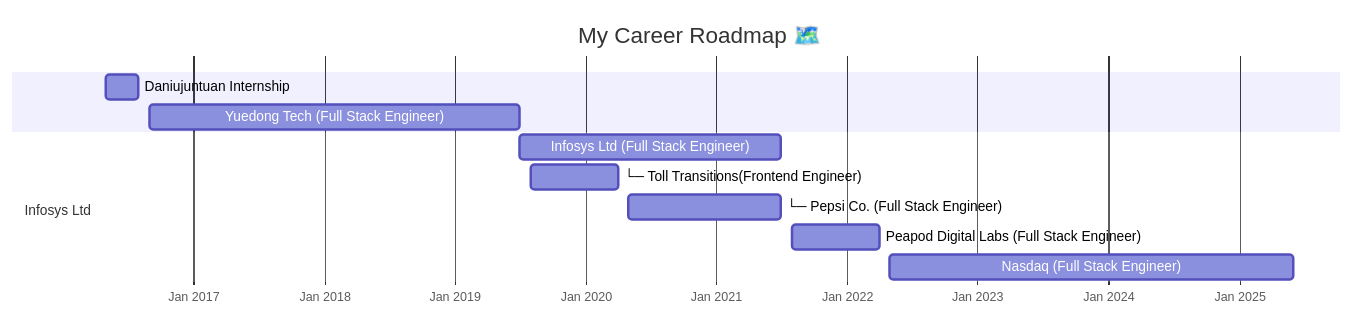
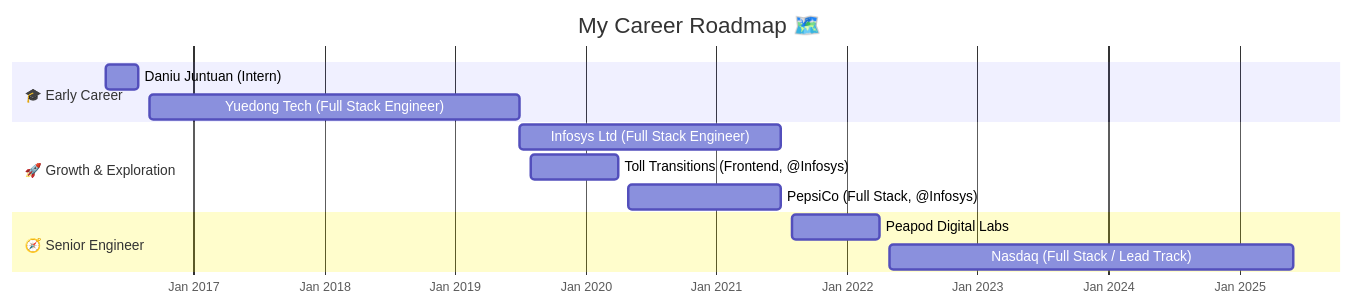
One commit to GoldenaArcher/GoldenaArcher changed the diagram in README.md. Above: the diagram before and after it, drawn with Mermaid. The commit also changed other lines of this file, not shown here.

Commit message:
docs: update career roadmap in readme with improved structure

````diff
--- a/README.md
+++ b/README.md
@@ -5,18 +7,20 @@
 ```mermaid
 gantt
     title My Career Roadmap 🗺️
     dateFormat  YYYY-MM
     axisFormat  %b %Y
 
-    Daniujuntuan Internship                    :internship, 2016-05, 2016-08
-    Yuedong Tech (Full Stack Engineer)         :yuedong, 2016-09, 2019-07
+    section 🎓 Early Career
+    Daniu Juntuan (Intern)                      :intern, 2016-05, 2016-08
+    Yuedong Tech (Full Stack Engineer)          :yuedong, 2016-09, 2019-07
 
-    section Infosys Ltd
-    Infosys Ltd (Full Stack Engineer)             :infy, 2019-07, 2021-07
-    └─ Toll Transitions(Frontend Engineer)        :toll, 2019-08, 2020-04
-    └─ Pepsi Co. (Full Stack Engineer)            :projB, 2020-05, 2021-07
+    section 🚀 Growth & Exploration
+    Infosys Ltd (Full Stack Engineer)           :infy, 2019-07, 2021-07
+    Toll Transitions (Frontend, @Infosys)       :toll, 2019-08, 2020-04
+    PepsiCo (Full Stack, @Infosys)              :pepsi, 2020-05, 2021-07
 
-    Peapod Digital Labs (Full Stack Engineer)  :pdl, 2021-08, 2022-04
-    Nasdaq (Full Stack Engineer)               :nasdaq, 2022-05, 2025-06
+    section 🧭 Senior Engineer
+    Peapod Digital Labs                         :pdl, 2021-08, 2022-04
+    Nasdaq (Full Stack / Lead Track)            :nasdaq, 2022-05, 2025-06
 
 ```
````
